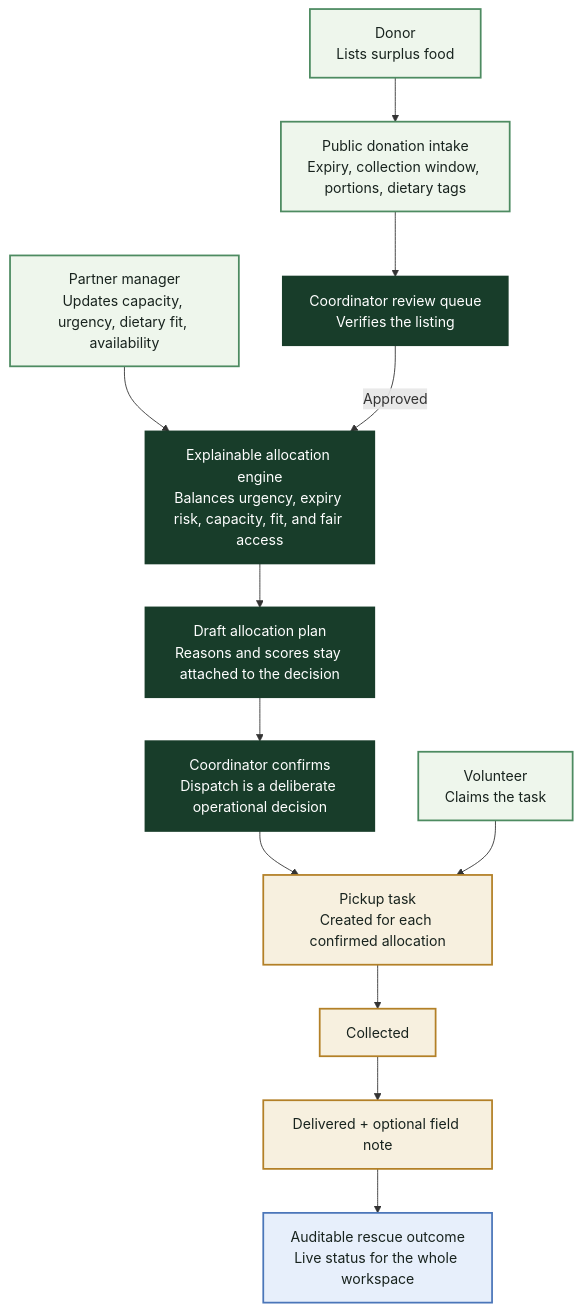
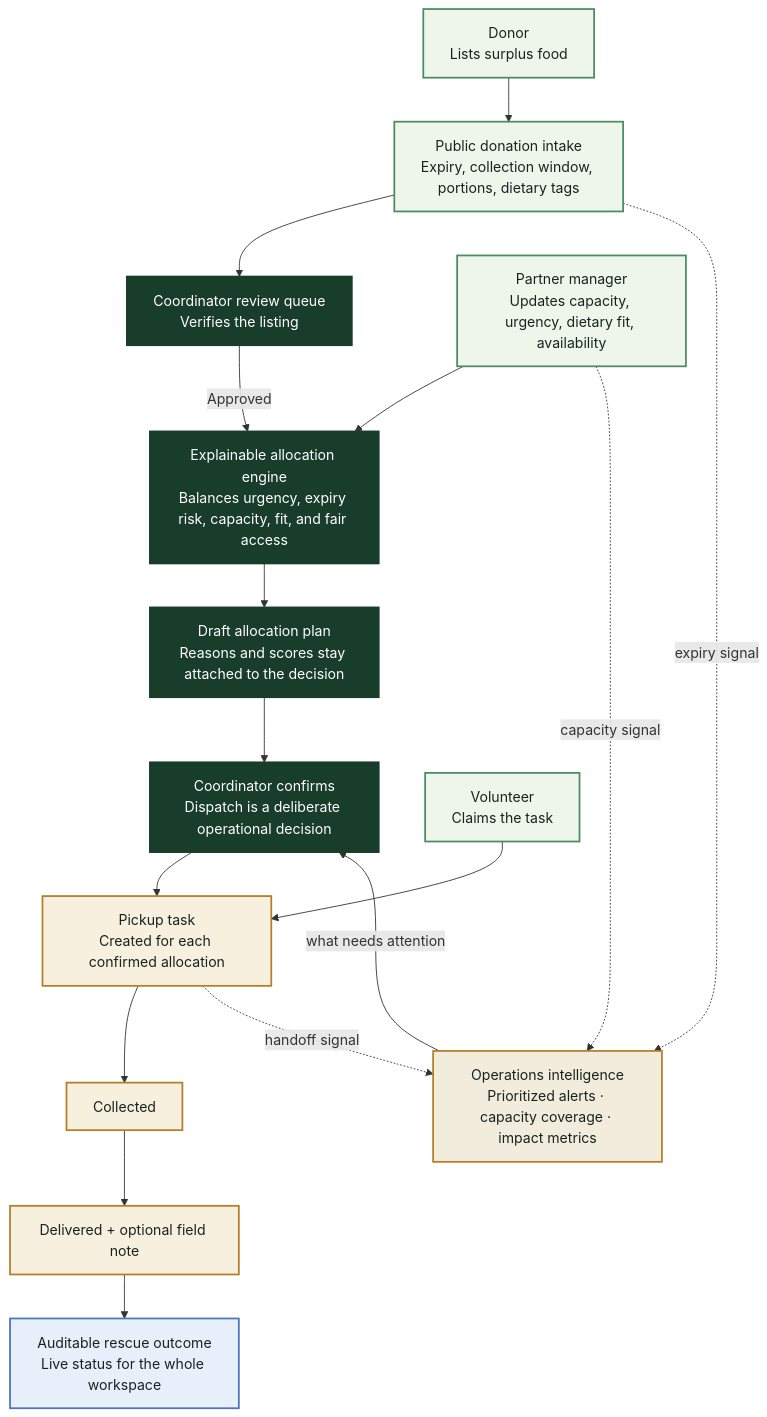
The first of 2 diagrams in README.md (kowais915/lastmile), drawn with Mermaid before and after one commit. The commit also changed other lines of this file and 18 other files, not shown here.

Commit message:
🔥 Operations, charts, dashboard improvements

````diff
--- a/README.md
+++ b/README.md
@@ -41,24 +52,31 @@
 ```mermaid
 flowchart TB
   donor["Donor<br/>Lists surplus food"] --> intake["Public donation intake<br/>Expiry, collection window, portions, dietary tags"]
   intake --> review["Coordinator review queue<br/>Verifies the listing"]
 
   partner["Partner manager<br/>Updates capacity, urgency, dietary fit, availability"] --> engine
   review -->|"Approved"| engine["Explainable allocation engine<br/>Balances urgency, expiry risk, capacity, fit, and fair access"]
 
   engine --> draft["Draft allocation plan<br/>Reasons and scores stay attached to the decision"]
   draft --> coordinator["Coordinator confirms<br/>Dispatch is a deliberate operational decision"]
   coordinator --> task["Pickup task<br/>Created for each confirmed allocation"]
   volunteer["Volunteer<br/>Claims the task"] --> task
   task --> collect["Collected"] --> deliver["Delivered + optional field note"]
   deliver --> audit["Auditable rescue outcome<br/>Live status for the whole workspace"]
 
+  intake -. "expiry signal" .-> ops["Operations intelligence<br/>Prioritized alerts · capacity coverage · impact metrics"]
+  partner -. "capacity signal" .-> ops
+  task -. "handoff signal" .-> ops
+  ops -->|"what needs attention"| coordinator
+
   classDef entry fill:#eef6ec,stroke:#4d8b61,color:#18231e,stroke-width:2px;
   classDef decision fill:#183d2a,stroke:#183d2a,color:#ffffff,stroke-width:2px;
   classDef action fill:#f7f0df,stroke:#b38027,color:#18231e,stroke-width:2px;
   classDef outcome fill:#e7effb,stroke:#4b76b9,color:#18231e,stroke-width:2px;
+  classDef intelligence fill:#f2ecdc,stroke:#b38027,color:#18231e,stroke-width:2px;
   class donor,partner,volunteer,intake entry;
   class review,engine,draft,coordinator decision;
   class task,collect,deliver action;
   class audit outcome;
+  class ops intelligence;
 ```
````
